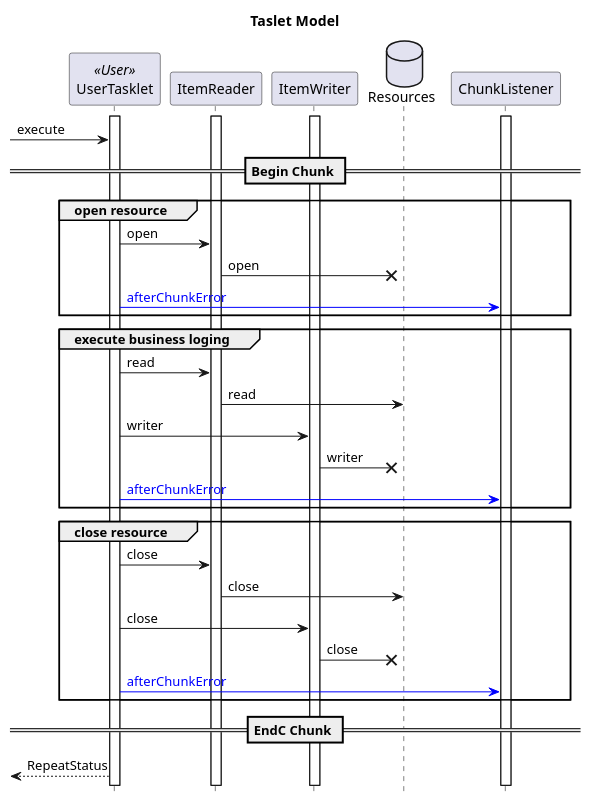
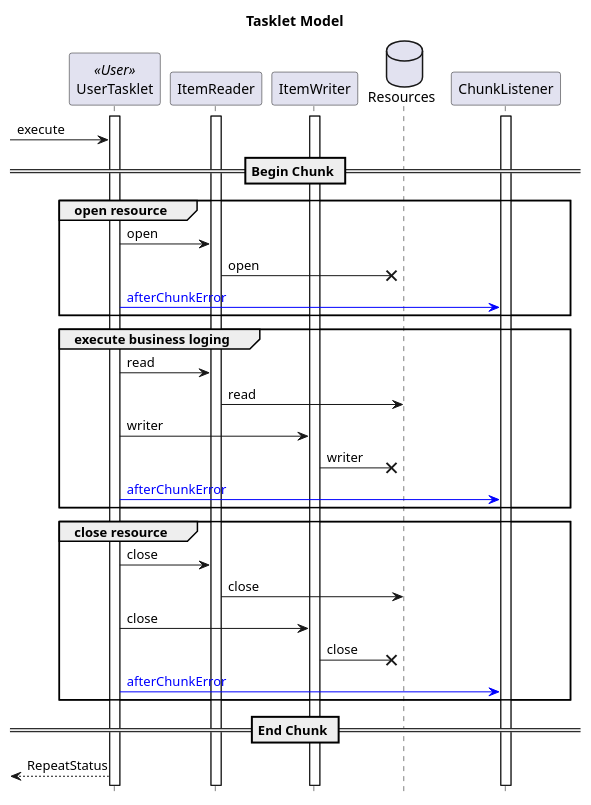
One commit to Macchinetta/batch-guideline changed the diagram in src/main/asciidoc/images/ch06/ExceptionHandling/Ch06_ExceptionHandling_DiffTimingOpenResourceByTaskletModel.pu. Above: the diagram before and after it, drawn with PlantUML. The commit also changed 110 other files, not shown here.

```diff
--- a/src/main/asciidoc/images/ch06/ExceptionHandling/Ch06_ExceptionHandling_DiffTimingOpenResourceByTaskletModel.pu
+++ b/src/main/asciidoc/images/ch06/ExceptionHandling/Ch06_ExceptionHandling_DiffTimingOpenResourceByTaskletModel.pu
@@ -1,80 +1,80 @@
 @startuml
 
 hide footbox
 
-title Taslet Model
+title Tasklet Model
 
 participant UserTasklet as userTasklet <<User>>
 participant ItemReader as reader1
 participant ItemWriter as writer1
 database Resources as resource1
 participant ChunkListener
 
 activate userTasklet
 activate reader1
 activate writer1
 activate ChunkListener
 
 
 [->userTasklet : execute
 == Begin Chunk ==
 
 group open resource
   userTasklet -> reader1 : open
   reader1 -X resource1 : open
   userTasklet -[#blue]> ChunkListener : <font color="blue">afterChunkError</font>
 end
 
 group execute business loging
   userTasklet -> reader1 : read
   reader1 -> resource1 : read
   userTasklet -> writer1 : writer
   writer1 -X resource1 : writer
   userTasklet -[#blue]> ChunkListener : <font color="blue">afterChunkError</font>
 end
 
 group close resource
   userTasklet -> reader1 : close
   reader1 -> resource1 : close
   userTasklet -> writer1 : close
   writer1 -X resource1 : close
   userTasklet -[#blue]> ChunkListener : <font color="blue">afterChunkError</font>
 end
 
-== EndC Chunk ==
+== End Chunk ==
 userTasklet -->[ : RepeatStatus
 
 
 'Set styles such as format and color of each figure
 skinparam Note {
   BackgroundColor #b1f8fa
   BorderColor black
 }
 
 skinparam Class {
   BorderColor black
   ArrowColor black
 }
 
 skinparam Sequence {
   BorderColor black
   ActorBorderColor black
   ArrowColor black
   LifeLineBorderColor black
   BoxLineColor black
   ParticipantBorderColor black
 }
 
 skinparam componentStyle uml2
 
 skinparam Component {
   BorderColor black
   ArrowColor black
 }
 
 skinparam Interface {
   BorderColor black
   ArrowColor black
 }
 
 @enduml
```
